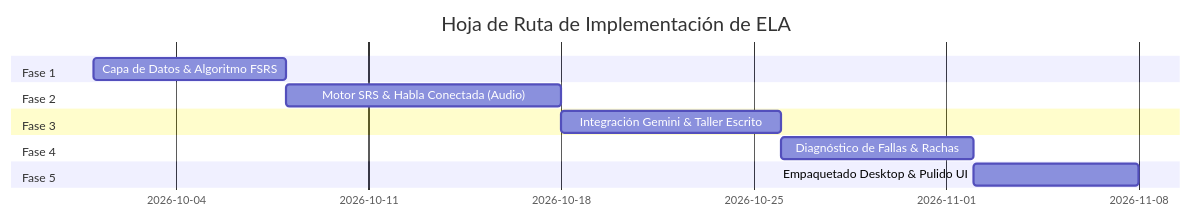
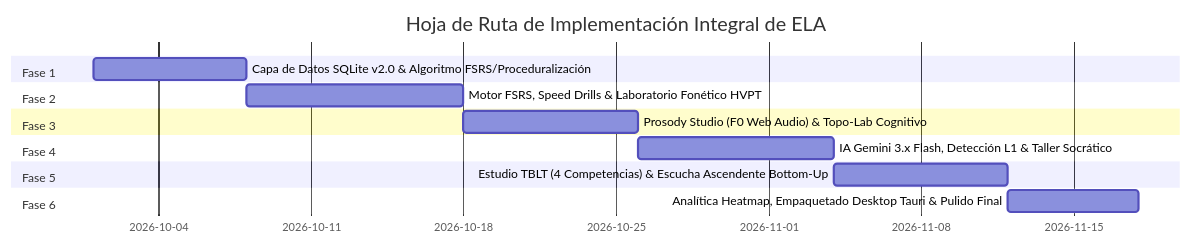
One commit to JosGRM21/english_learning_assistant changed the diagram in docs/08_implementation_roadmap/milestones_and_phases.md. Above: the diagram before and after it, drawn with Mermaid. The commit also changed other lines of this file and 142 other files, not shown here.

````diff
--- a/docs/08_implementation_roadmap/milestones_and_phases.md
+++ b/docs/08_implementation_roadmap/milestones_and_phases.md
@@ -10,15 +10,17 @@
 ```mermaid
 gantt
-    title Hoja de Ruta de Implementación de ELA
+    title Hoja de Ruta de Implementación Integral de ELA
     dateFormat  YYYY-MM-DD
     section Fase 1
-    Capa de Datos & Algoritmo FSRS       :p1, 2026-10-01, 7d
+    Capa de Datos SQLite v2.0 & Algoritmo FSRS/Proceduralización :p1, 2026-10-01, 7d
     section Fase 2
-    Motor SRS & Habla Conectada (Audio) :p2, after p1, 10d
+    Motor FSRS, Speed Drills & Laboratorio Fonético HVPT        :p2, after p1, 10d
     section Fase 3
-    Integración Gemini & Taller Escrito :p3, after p2, 8d
+    Prosody Studio (F0 Web Audio) & Topo-Lab Cognitivo          :p3, after p2, 8d
     section Fase 4
-    Diagnóstico de Fallas & Rachas      :p4, after p3, 7d
+    IA Gemini 3.x Flash, Detección L1 & Taller Socrático         :p4, after p3, 9d
     section Fase 5
-    Empaquetado Desktop & Pulido UI     :p5, after p4, 6d
+    Estudio TBLT (4 Competencias) & Escucha Ascendente Bottom-Up :p5, after p4, 8d
+    section Fase 6
+    Analítica Heatmap, Empaquetado Desktop Tauri & Pulido Final :p6, after p5, 6d
 ```
````
